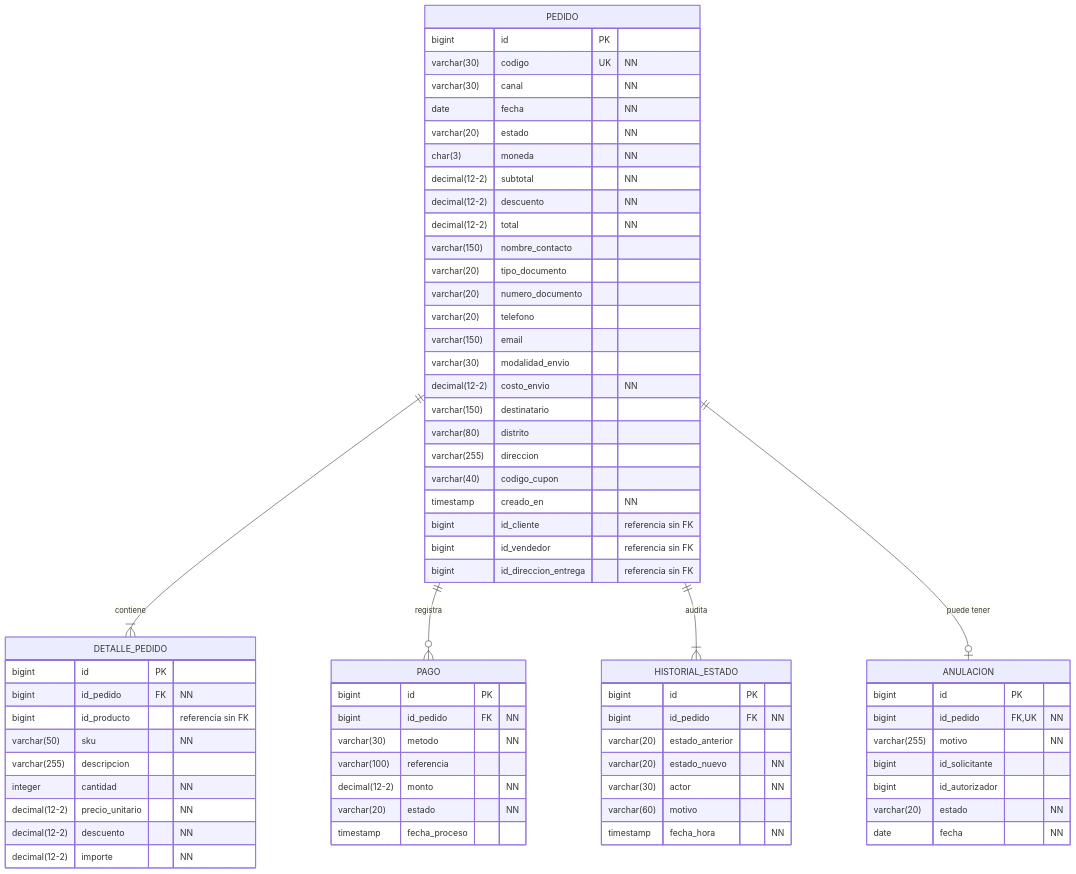
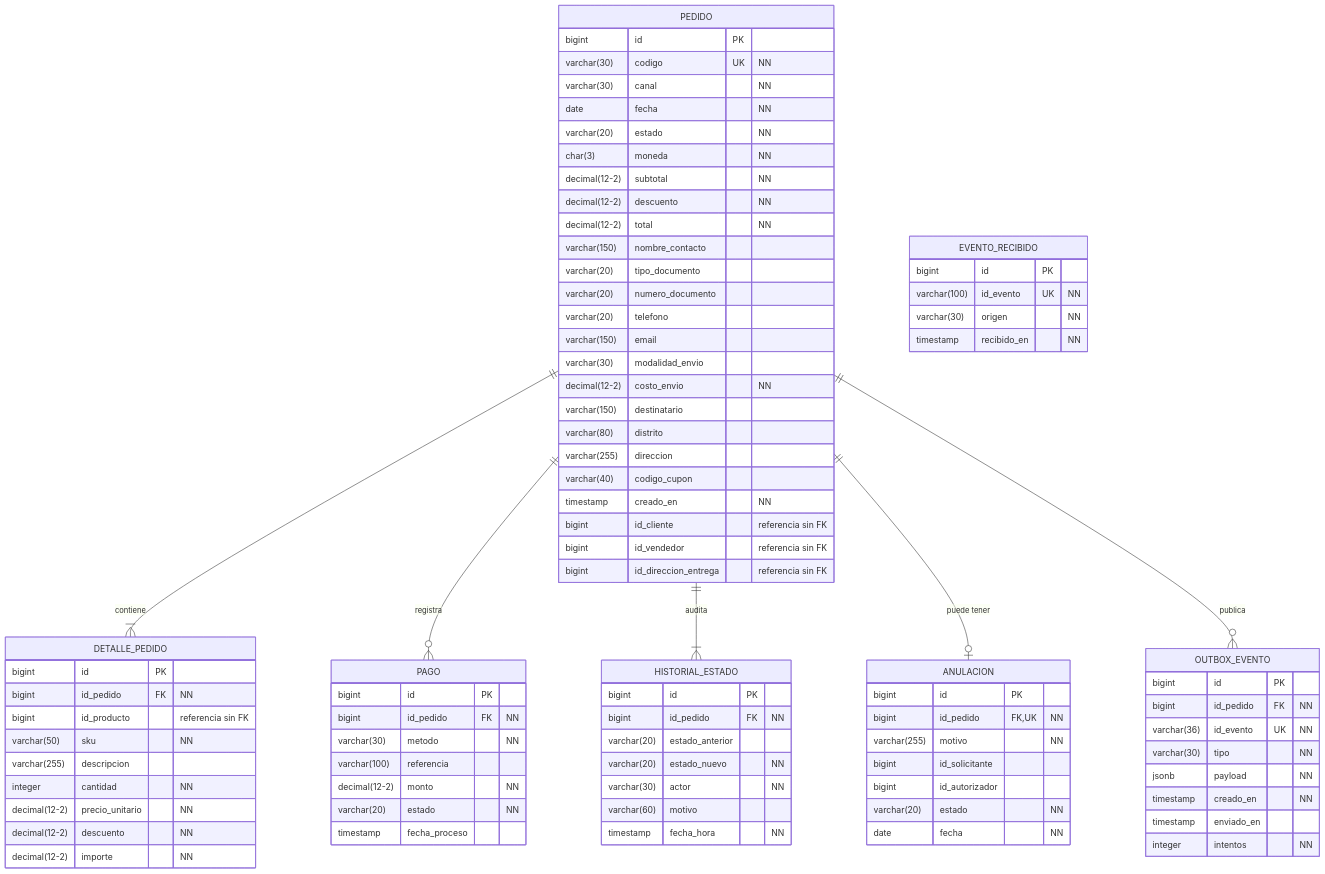
The first of 2 diagrams in diseno/diagramas/bd/diagrama-logico.md (Taller-SW-Web/G5-Ventas-Postventas), drawn with Mermaid before and after one commit. The commit also changed other lines of this file and 5 other files, not shown here.

````diff
--- a/diseno/diagramas/bd/diagrama-logico.md
+++ b/diseno/diagramas/bd/diagrama-logico.md
@@ -17,6 +19,7 @@
     PEDIDO ||--o{ PAGO : registra
     PEDIDO ||--|{ HISTORIAL_ESTADO : audita
     PEDIDO ||--o| ANULACION : "puede tener"
+    PEDIDO ||--o{ OUTBOX_EVENTO : publica
     PEDIDO {
         bigint id PK
         varchar(30) codigo UK "NN"
@@ -81,4 +84,20 @@
         varchar(20) estado "NN"
         date fecha "NN"
     }
+    OUTBOX_EVENTO {
+        bigint id PK
+        bigint id_pedido FK "NN"
+        varchar(36) id_evento UK "NN"
+        varchar(30) tipo "NN"
+        jsonb payload "NN"
+        timestamp creado_en "NN"
+        timestamp enviado_en
+        integer intentos "NN"
+    }
+    EVENTO_RECIBIDO {
+        bigint id PK
+        varchar(100) id_evento UK "NN"
+        varchar(30) origen "NN"
+        timestamp recibido_en "NN"
+    }
 ```
````
